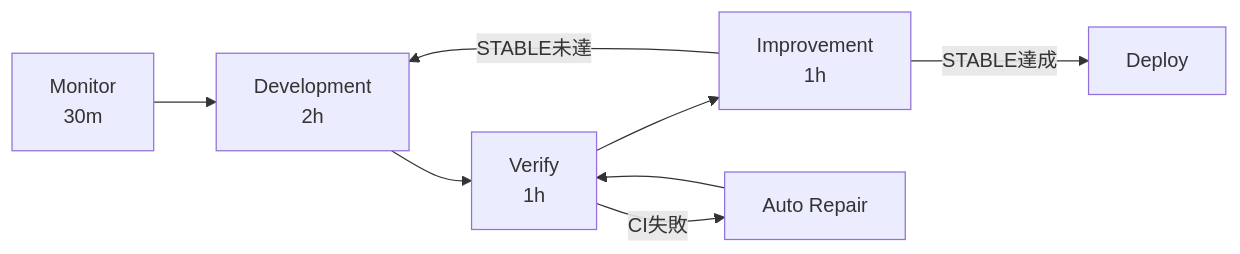
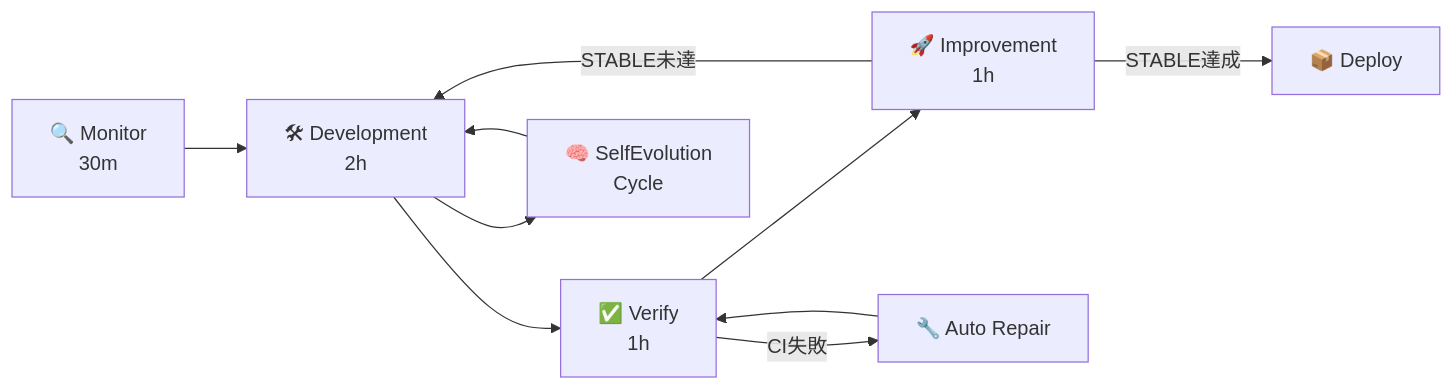
One commit to Kensan196948G/ClaudeCLI-CodexCLI-CopilotCLI-StartUpTools-New changed the third of 4 diagrams in README.md. Above: the diagram before and after it, drawn with Mermaid. The commit also changed other lines of this file and 10 other files, not shown here.

First line of the commit message:
feat: Phase 3 — Self Evolution & Architecture Check Loop (Issue #49, #50)

````diff
--- a/README.md
+++ b/README.md
@@ -135,10 +141,12 @@
 ```mermaid
 flowchart LR
-    M["Monitor<br/>30m"] --> B["Development<br/>2h"]
-    B --> V["Verify<br/>1h"]
-    V --> I["Improvement<br/>1h"]
+    M["🔍 Monitor<br/>30m"] --> B["🛠 Development<br/>2h"]
+    B --> V["✅ Verify<br/>1h"]
+    V --> I["🚀 Improvement<br/>1h"]
     I -->|STABLE未達| B
-    I -->|STABLE達成| S["Deploy"]
-    V -->|CI失敗| R["Auto Repair"]
+    I -->|STABLE達成| S["📦 Deploy"]
+    V -->|CI失敗| R["🔧 Auto Repair"]
     R --> V
+    B --> SE["🧠 SelfEvolution<br/>Cycle"]
+    SE --> B
 ```
````
